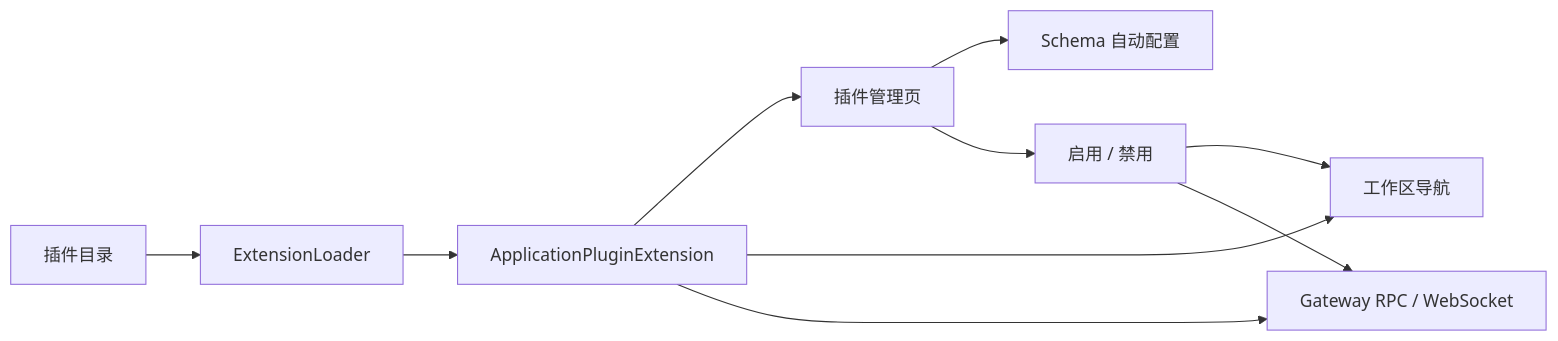
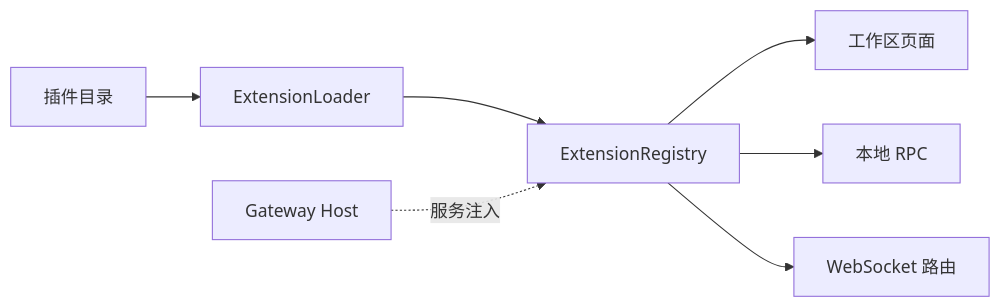
One commit to openJiuwen-ai/jiuwenclaw changed the diagram in docs/zh/application-plugins.md. Above: the diagram before and after it, drawn with Mermaid. The commit also changed other lines of this file and 55 other files, not shown here.

Commit message:
refactor: isolate full-duplex video as application plugin

````diff
--- a/docs/zh/application-plugins.md
+++ b/docs/zh/application-plugins.md
@@ -6,12 +6,9 @@
 ```mermaid
 flowchart LR
-    P[插件目录] --> L[ExtensionLoader]
-    L --> R[ApplicationPluginExtension]
-    R --> M[插件管理页]
-    R --> N[工作区导航]
-    R --> G[Gateway RPC / WebSocket]
-    M --> C[Schema 自动配置]
-    M --> E[启用 / 禁用]
-    E --> N
-    E --> G
+    Package[插件目录] --> Loader[ExtensionLoader]
+    Loader --> Registry[ExtensionRegistry]
+    Registry --> Frontend[工作区页面]
+    Registry --> RPC[本地 RPC]
+    Registry --> WS[WebSocket 路由]
+    Host[Gateway Host] -. 服务注入 .-> Registry
 ```
````
